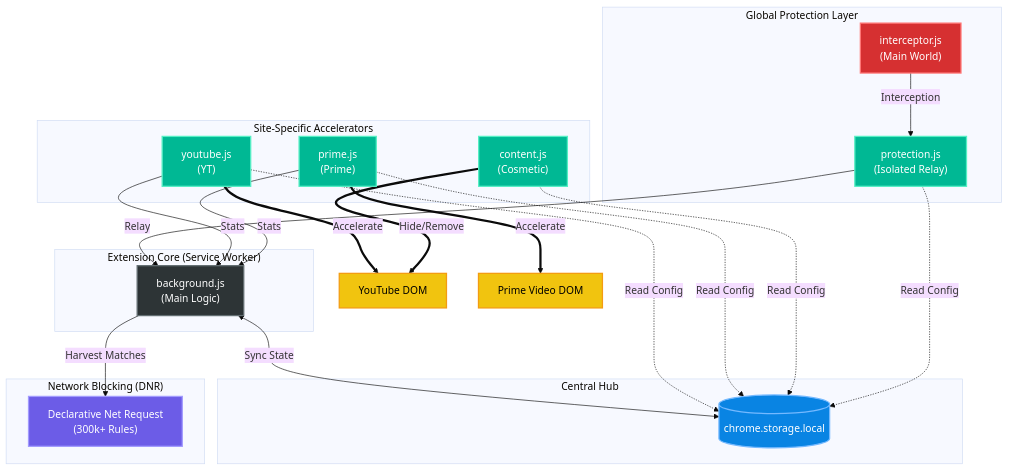
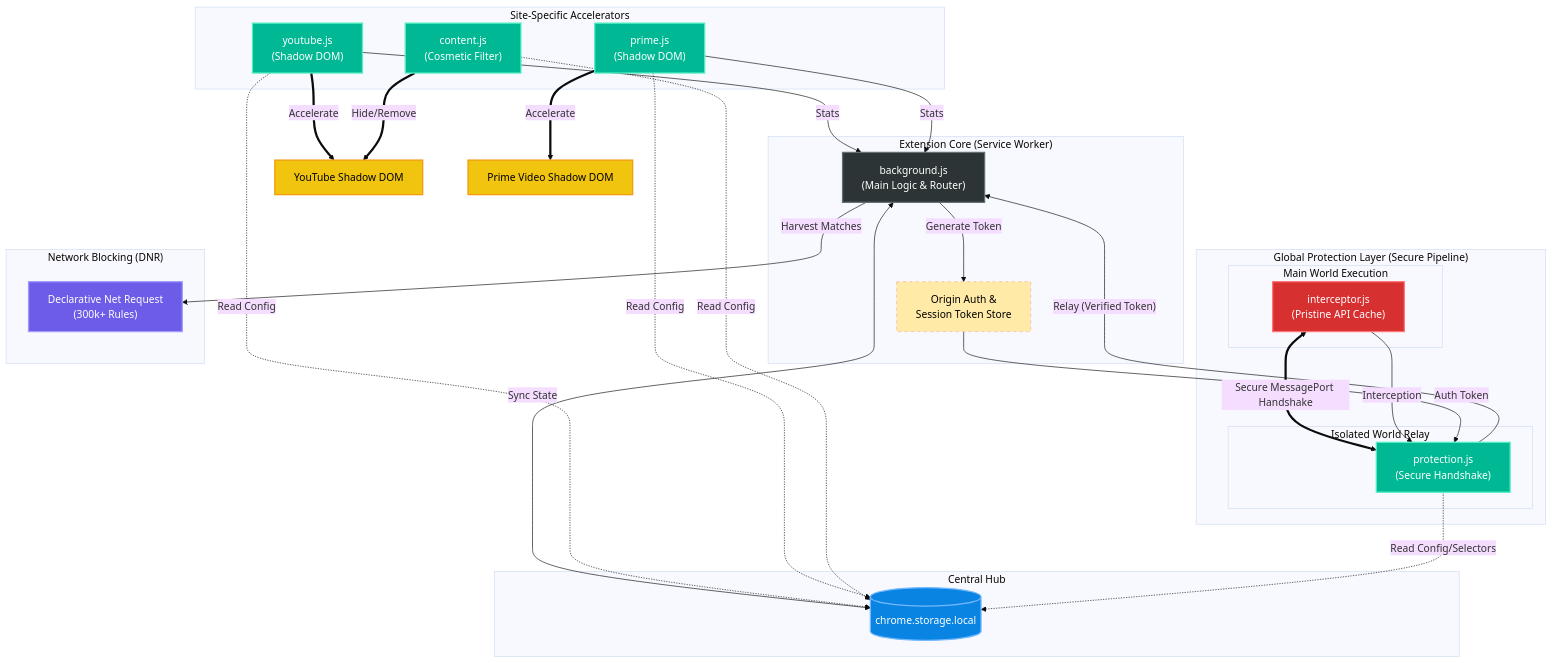
Before and after one commit to Dabrogost/Chroma-Ad-Blocker: the diagram in README.md, drawn with Mermaid (base theme). The commit also changed other lines of this file, not shown here.

````diff
--- a/README.md
+++ b/README.md
@@ -25,53 +25,62 @@
 ```mermaid
 graph TD
     classDef sw fill:#2d3436,color:#fff,stroke:#636e72,stroke-width:2px
     classDef storage fill:#0984e3,color:#fff,stroke:#74b9ff,stroke-width:2px
     classDef isolated fill:#00b894,color:#fff,stroke:#55efc4,stroke-width:2px
     classDef main fill:#d63031,color:#fff,stroke:#ff7675,stroke-width:2px
     classDef dnr fill:#6c5ce7,color:#fff,stroke:#a29bfe,stroke-width:2px
     classDef dom fill:#f1c40f,color:#000,stroke:#f39c12,stroke-width:2px
+    classDef secure fill:#ffeaa7,color:#000,stroke:#fab1a0,stroke-dasharray: 5 5
 
     subgraph SW ["Extension Core (Service Worker)"]
-        BS["background.js<br/>(Main Logic)"]:::sw
+        BS["background.js<br/>(Main Logic & Router)"]:::sw
+        AUTH["Origin Auth &<br/>Session Token Store"]:::secure
     end
 
     subgraph ST ["Central Hub"]
         STORAGE[("chrome.storage.local")]:::storage
     end
 
-    subgraph GR ["Global Protection Layer"]
-        MW_INT["interceptor.js<br/>(Main World)"]:::main
-        CS_PROT["protection.js<br/>(Isolated Relay)"]:::isolated
+    subgraph GR ["Global Protection Layer (Secure Pipeline)"]
+        subgraph MW ["Main World Execution"]
+            MW_INT["interceptor.js<br/>(Pristine API Cache)"]:::main
+        end
+        subgraph IW ["Isolated World Relay"]
+            CS_PROT["protection.js<br/>(Secure Handshake)"]:::isolated
+        end
+        MW_INT <==>|"Secure MessagePort Handshake"| CS_PROT
     end
 
     subgraph SP ["Site-Specific Accelerators"]
-        CS_YT["youtube.js<br/>(YT)"]:::isolated
-        CS_PV["prime.js<br/>(Prime)"]:::isolated
-        CS_GEN["content.js<br/>(Cosmetic)"]:::isolated
+        CS_YT["youtube.js<br/>(Shadow DOM)"]:::isolated
+        CS_PV["prime.js<br/>(Shadow DOM)"]:::isolated
+        CS_GEN["content.js<br/>(Cosmetic Filter)"]:::isolated
     end
 
     subgraph DN ["Network Blocking (DNR)"]
         DNR["Declarative Net Request<br/>(300k+ Rules)"]:::dnr
     end
 
     %% Logic Flow
     MW_INT -- "Interception" --> CS_PROT
-    CS_PROT -- "Relay" --> BS
+    CS_PROT -- "Relay (Verified Token)" --> BS
     
     CS_YT -- "Stats" --> BS
     CS_PV -- "Stats" --> BS
     
     BS <-->|"Sync State"| STORAGE
+    BS -- "Generate Token" --> AUTH
+    AUTH -- "Auth Token" --> CS_PROT
     
     CS_YT -.->|"Read Config"| STORAGE
     CS_PV -.->|"Read Config"| STORAGE
     CS_GEN -.->|"Read Config"| STORAGE
-    CS_PROT -.->|"Read Config"| STORAGE
+    CS_PROT -.->|"Read Config/Selectors"| STORAGE
 
     BS -- "Harvest Matches" --> DNR
 
     %% Execution
-    CS_YT ==>|"Accelerate"| DOM_YT["YouTube DOM"]:::dom
-    CS_PV ==>|"Accelerate"| DOM_PV["Prime Video DOM"]:::dom
+    CS_YT ==>|"Accelerate"| DOM_YT["YouTube Shadow DOM"]:::dom
+    CS_PV ==>|"Accelerate"| DOM_PV["Prime Video Shadow DOM"]:::dom
     CS_GEN ==>|"Hide/Remove"| DOM_YT
 ```
````
